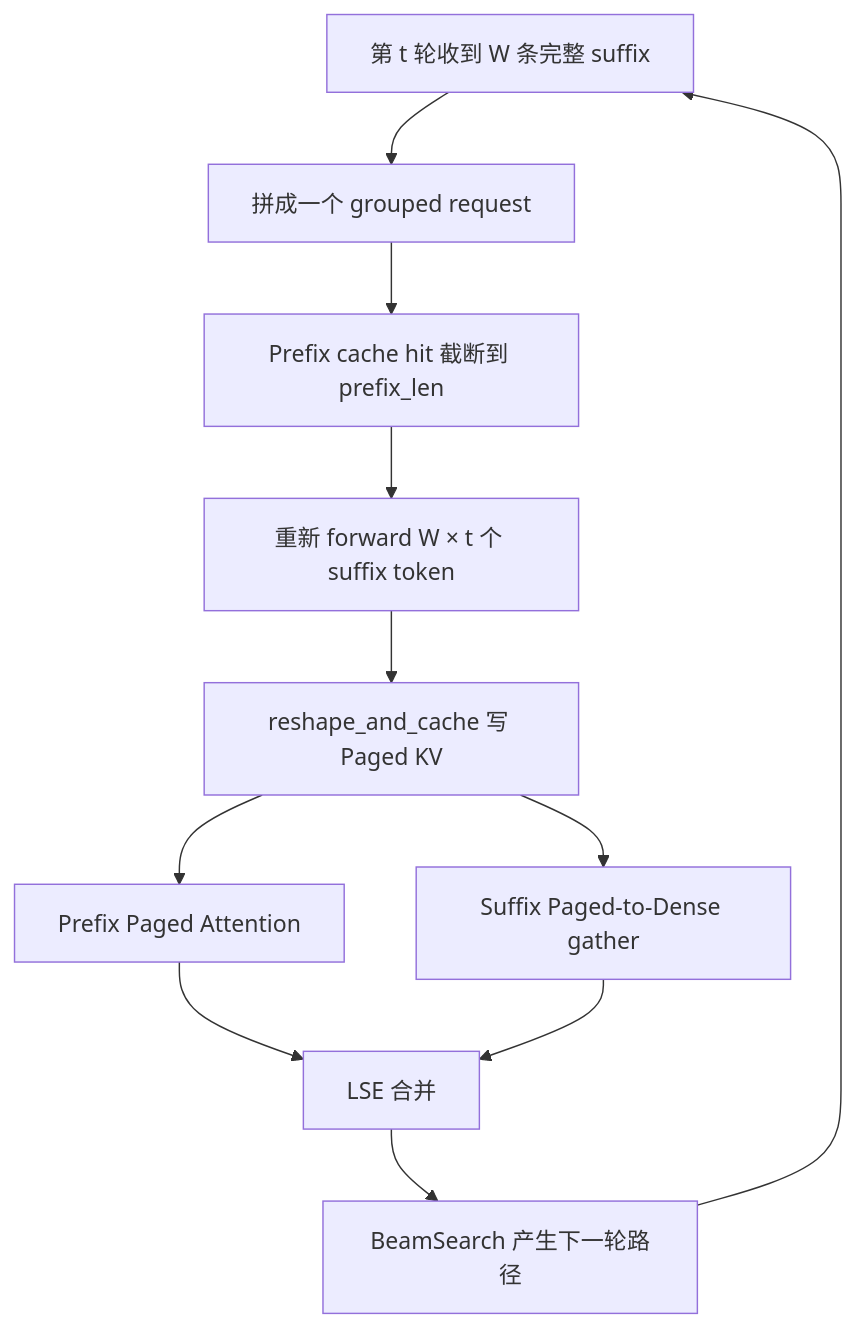
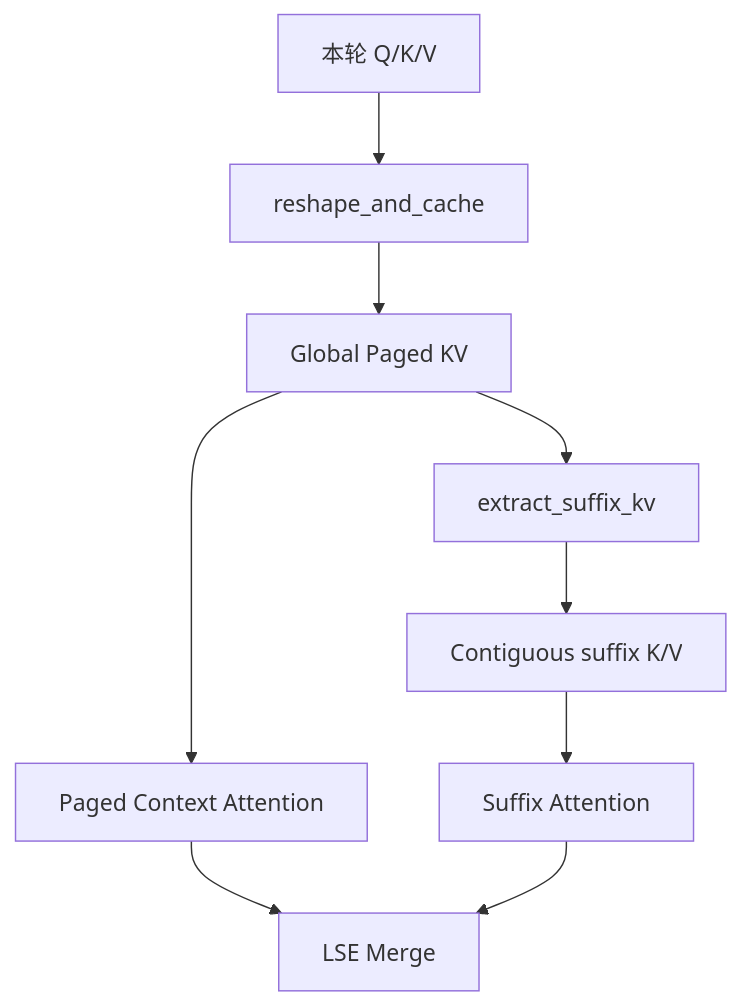
One commit to zhanghanleo10/gr-related changed the fourth of 11 diagrams in GR/beam_decode_kv_buffer_organization_analysis.md. Above: the diagram before and after it, drawn with Mermaid. The commit also changed other lines of this file, not shown here.

Commit message:
docs: simplify Beam KV analysis with visual-first layout

````diff
--- a/GR/beam_decode_kv_buffer_organization_analysis.md
+++ b/GR/beam_decode_kv_buffer_organization_analysis.md
@@ -149,13 +95,11 @@
 ```mermaid
 flowchart TB
-    A["第 t 轮收到 W 条完整 suffix"] --> B["拼成一个 grouped request"]
-    B --> C["Prefix cache hit 截断到 prefix_len"]
-    C --> D["重新 forward W × t 个 suffix token"]
-    D --> E["reshape_and_cache 写 Paged KV"]
-    E --> F["Prefix Paged Attention"]
-    E --> G["Suffix Paged-to-Dense gather"]
-    F --> H["LSE 合并"]
-    G --> H
-    H --> I["BeamSearch 产生下一轮路径"]
-    I --> A
+    Q["本轮 Q/K/V"] --> W["reshape_and_cache"]
+    W --> P["Global Paged KV"]
+    P --> CA["Paged Context Attention"]
+    P --> G["extract_suffix_kv"]
+    G --> S["Contiguous suffix K/V"]
+    S --> BA["Suffix Attention"]
+    CA --> M["LSE Merge"]
+    BA --> M
 ```
````
